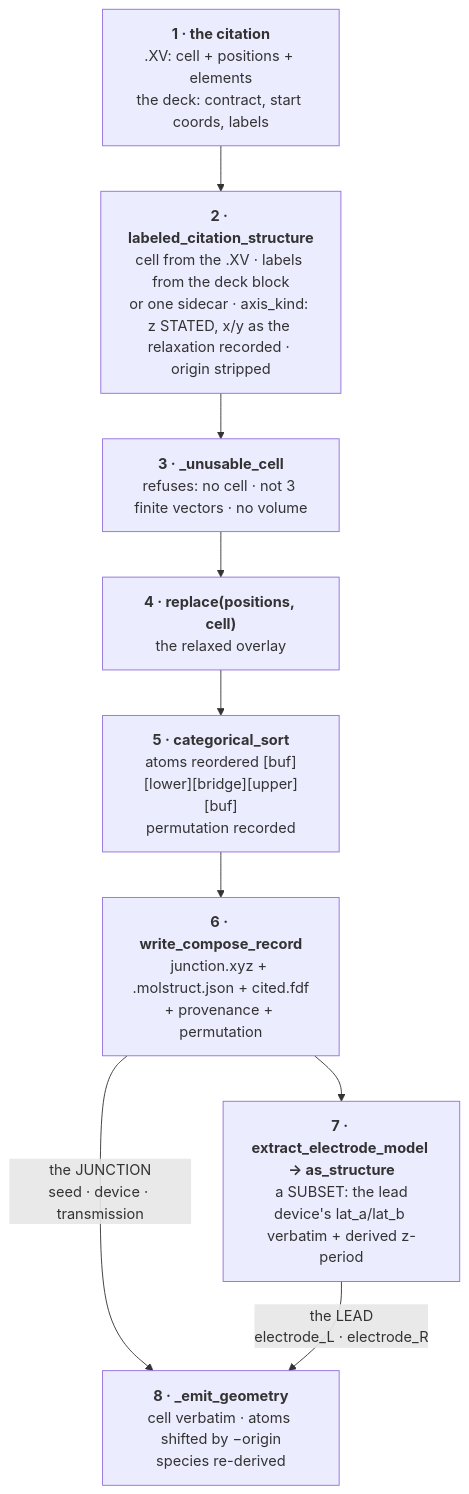
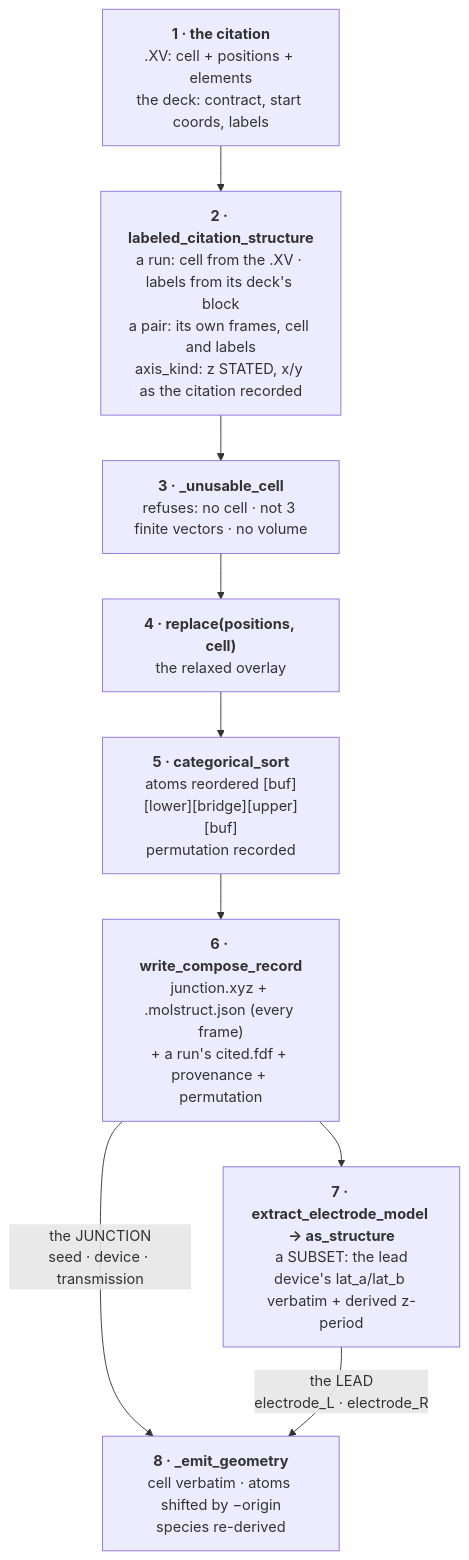
One commit to Qing-LAB/molbuilder changed diagram 13 of 13 in docs/engines/transport.md. Above: the diagram before and after it, drawn with Mermaid. The commit also changed other lines of this file and 22 other files, not shown here.

````diff
--- a/docs/engines/transport.md
+++ b/docs/engines/transport.md
@@ -3913,15 +3940,15 @@
 ```mermaid
 flowchart TB
     XV["<b>1 · the citation</b><br/>.XV: cell + positions + elements<br/>the deck: contract, start coords, labels"]
-    LOAD["<b>2 · labeled_citation_structure</b><br/>cell from the .XV · labels from the deck block<br/>or one sidecar · axis_kind: z STATED, x/y as the relaxation recorded · origin stripped"]
+    LOAD["<b>2 · labeled_citation_structure</b><br/>a run: cell from the .XV · labels from its deck's block<br/>a pair: its own frames, cell and labels<br/>axis_kind: z STATED, x/y as the citation recorded"]
     GATE["<b>3 · _unusable_cell</b><br/>refuses: no cell · not 3 finite vectors · no volume"]
     OVER["<b>4 · replace(positions, cell)</b><br/>the relaxed overlay"]
     SORT["<b>5 · categorical_sort</b><br/>atoms reordered [buf][lower][bridge][upper][buf]<br/>permutation recorded"]
-    REC["<b>6 · write_compose_record</b><br/>junction.xyz + .molstruct.json + cited.fdf<br/>+ provenance + permutation"]
+    REC["<b>6 · write_compose_record</b><br/>junction.xyz + .molstruct.json (every frame)<br/>+ a run's cited.fdf + provenance + permutation"]
     EX["<b>7 · extract_electrode_model → as_structure</b><br/>a SUBSET: the lead<br/>device's lat_a/lat_b verbatim + derived z-period"]
     EM["<b>8 · _emit_geometry</b><br/>cell verbatim · atoms shifted by −origin<br/>species re-derived"]
 
     XV --> LOAD --> GATE --> OVER --> SORT --> REC
     REC -->|"the JUNCTION<br/>seed · device · transmission"| EM
     REC --> EX -->|"the LEAD<br/>electrode_L · electrode_R"| EM
 ```
````
